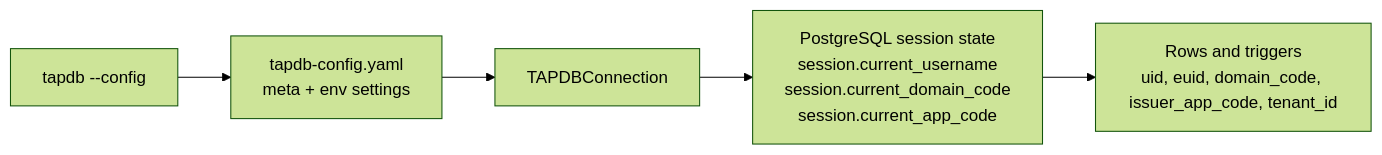
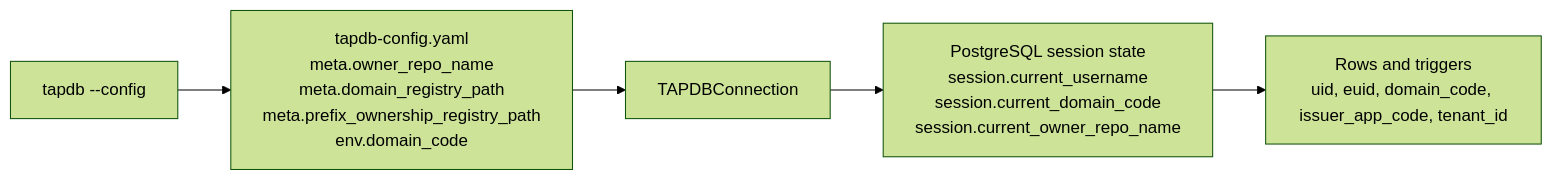
The diagram in docs/identity-and-scoping.md (Daylily-Informatics/daylily-tapdb), drawn with Mermaid (forest theme) before and after one commit. The commit also changed other lines of this file and 52 other files, not shown here.

````diff
--- a/docs/identity-and-scoping.md
+++ b/docs/identity-and-scoping.md
@@ -129,10 +139,10 @@
 ```mermaid
 flowchart LR
     CLI["tapdb --config <path> --env <name>"]
-    CFG["tapdb-config.yaml\nmeta + env settings"]
+    CFG["tapdb-config.yaml\nmeta.owner_repo_name\nmeta.domain_registry_path\nmeta.prefix_ownership_registry_path\nenv.domain_code"]
     CONN["TAPDBConnection"]
-    SESS["PostgreSQL session state\nsession.current_username\nsession.current_domain_code\nsession.current_app_code"]
+    SESS["PostgreSQL session state\nsession.current_username\nsession.current_domain_code\nsession.current_owner_repo_name"]
     ROWS["Rows and triggers\nuid, euid, domain_code, issuer_app_code, tenant_id"]
 
     CLI --> CFG --> CONN --> SESS --> ROWS
 ```
````
